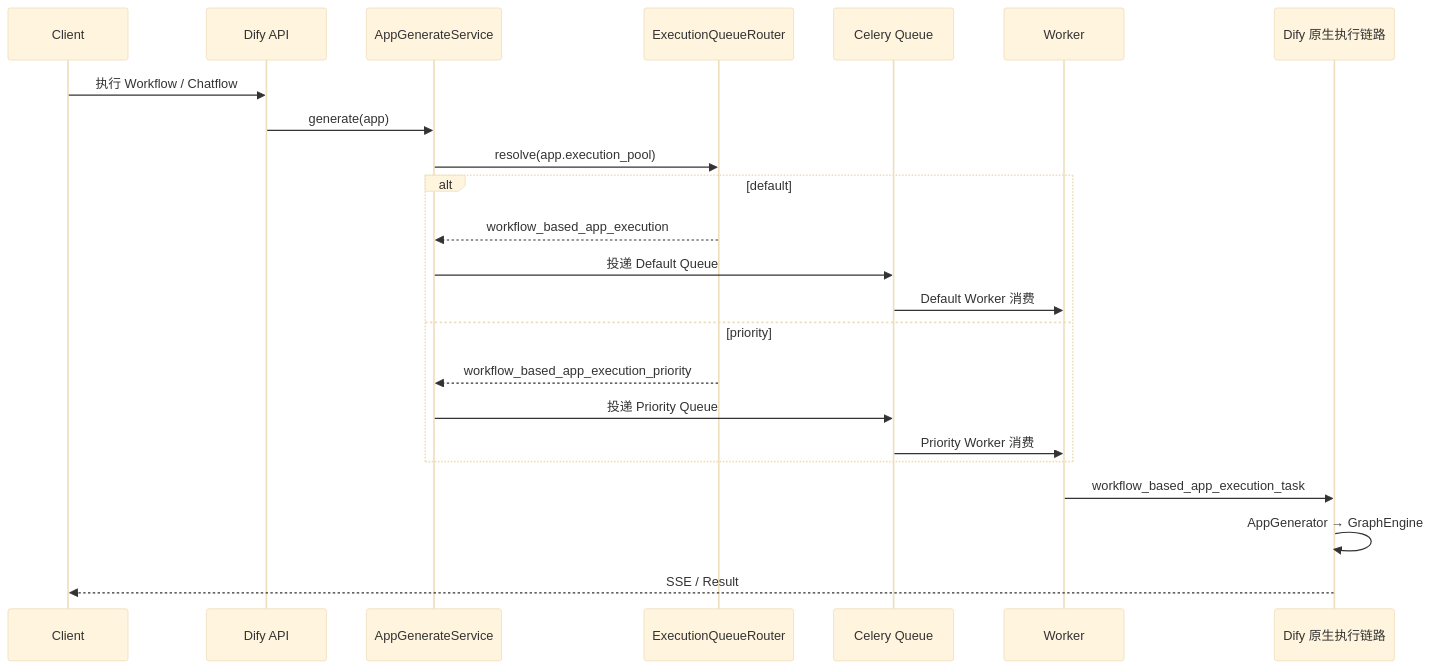
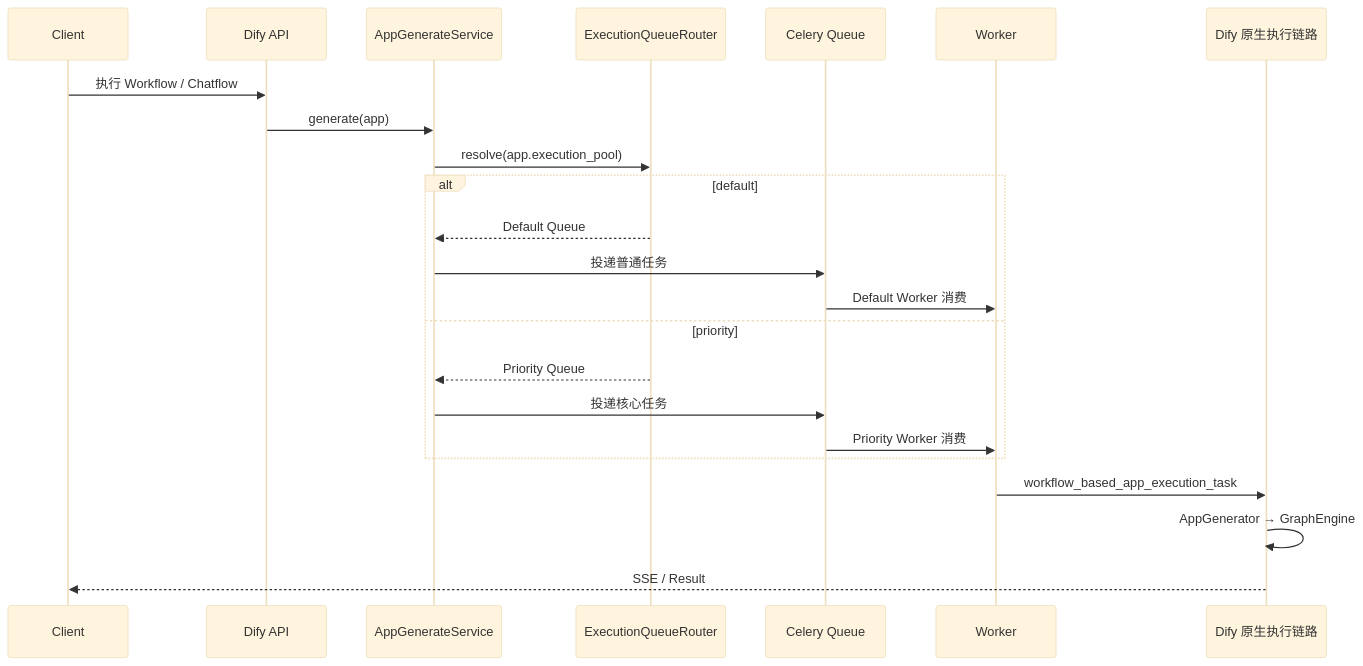
The second of 6 diagrams in weekly-report/dify-execution-engine-isolation-plan.md (sgfd-ui/internship), drawn with Mermaid (base theme) before and after one commit. The commit also changed other lines of this file, not shown here.

Commit message:
docs: merge architecture chapters and refresh diagrams

````diff
--- a/weekly-report/dify-execution-engine-isolation-plan.md
+++ b/weekly-report/dify-execution-engine-isolation-plan.md
@@ -113,28 +80,28 @@
 ```mermaid
 sequenceDiagram
     participant U as Client
     participant API as Dify API
     participant AG as AppGenerateService
     participant R as ExecutionQueueRouter
     participant Q as Celery Queue
     participant W as Worker
     participant E as Dify 原生执行链路
 
     U->>API: 执行 Workflow / Chatflow
     API->>AG: generate(app)
     AG->>R: resolve(app.execution_pool)
 
     alt default
-        R-->>AG: workflow_based_app_execution
-        AG->>Q: 投递 Default Queue
+        R-->>AG: Default Queue
+        AG->>Q: 投递普通任务
         Q->>W: Default Worker 消费
     else priority
-        R-->>AG: workflow_based_app_execution_priority
-        AG->>Q: 投递 Priority Queue
+        R-->>AG: Priority Queue
+        AG->>Q: 投递核心任务
         Q->>W: Priority Worker 消费
     end
 
     W->>E: workflow_based_app_execution_task
     E->>E: AppGenerator → GraphEngine
     E-->>U: SSE / Result
 ```
````
